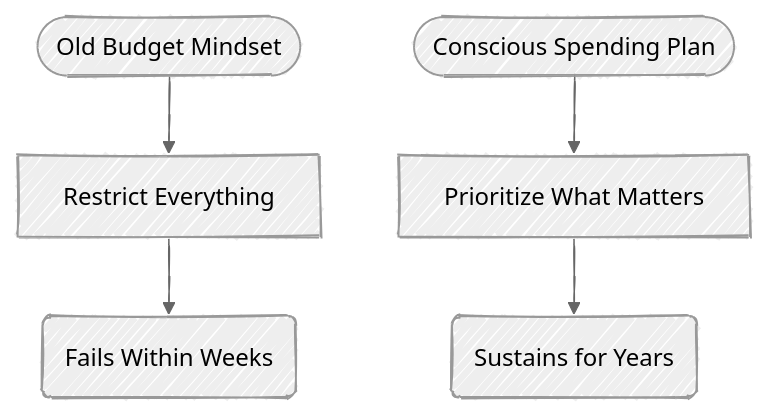
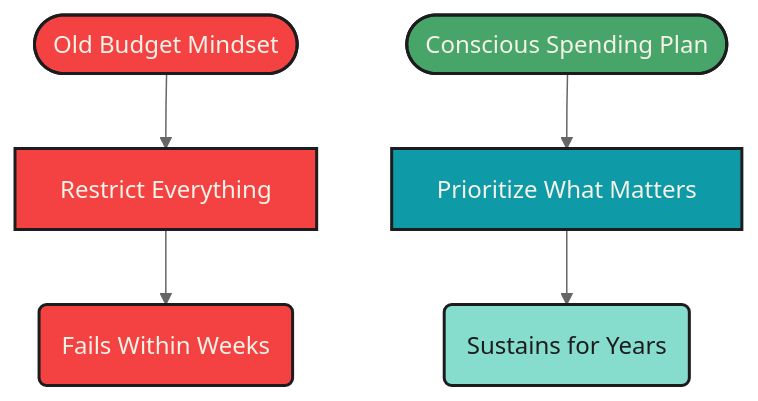
Before and after one commit to mjfrigaard/fm-finance: the first of 6 diagrams in budgeting.qmd, drawn with Mermaid. The commit also changed other lines of this file and 5 other files, not shown here.

Commit message:
updates to mermaid

````diff
--- a/budgeting.qmd
+++ b/budgeting.qmd
@@ -43,12 +43,19 @@
 ```{mermaid}
 %%| fig-cap: 'Budget Mindset'
 %%| fig-align: center
-%%{init: {'theme': 'neutral', 'look': 'handDrawn', 'themeVariables': { 'fontFamily': 'monospace', "fontSize":"16px"}}}%%
+%%{init: {'theme': 'neutral', 'themeVariables': { 'fontFamily': 'monospace', "fontSize":"16px"}}}%%
 
 flowchart TD
     OldBudget([Old Budget Mindset]) --> Restrict[Restrict Everything]
     Restrict --> Fail(Fails Within Weeks)
-    
+
     NewBudget([Conscious Spending Plan]) --> Prioritize[Prioritize What Matters]
     Prioritize --> Sustain(Sustains for Years)
+    style OldBudget fill:#f44242,color:#F5F2E8,stroke:#1C1C1E,stroke-width:2px
+    style Restrict fill:#f44242,color:#F5F2E8,stroke:#1C1C1E,stroke-width:2px
+    style Fail fill:#f44242,color:#F5F2E8,stroke:#1C1C1E,stroke-width:2px
+    style NewBudget fill:#48a56a,color:#F5F2E8,stroke:#1C1C1E,stroke-width:2px
+    style Prioritize fill:#0e9aa7,color:#F5F2E8,stroke:#1C1C1E,stroke-width:2px
+    style Sustain fill:#86ddcd,color:#1C1C1E,stroke:#1C1C1E,stroke-width:2px
+
 ```
````
